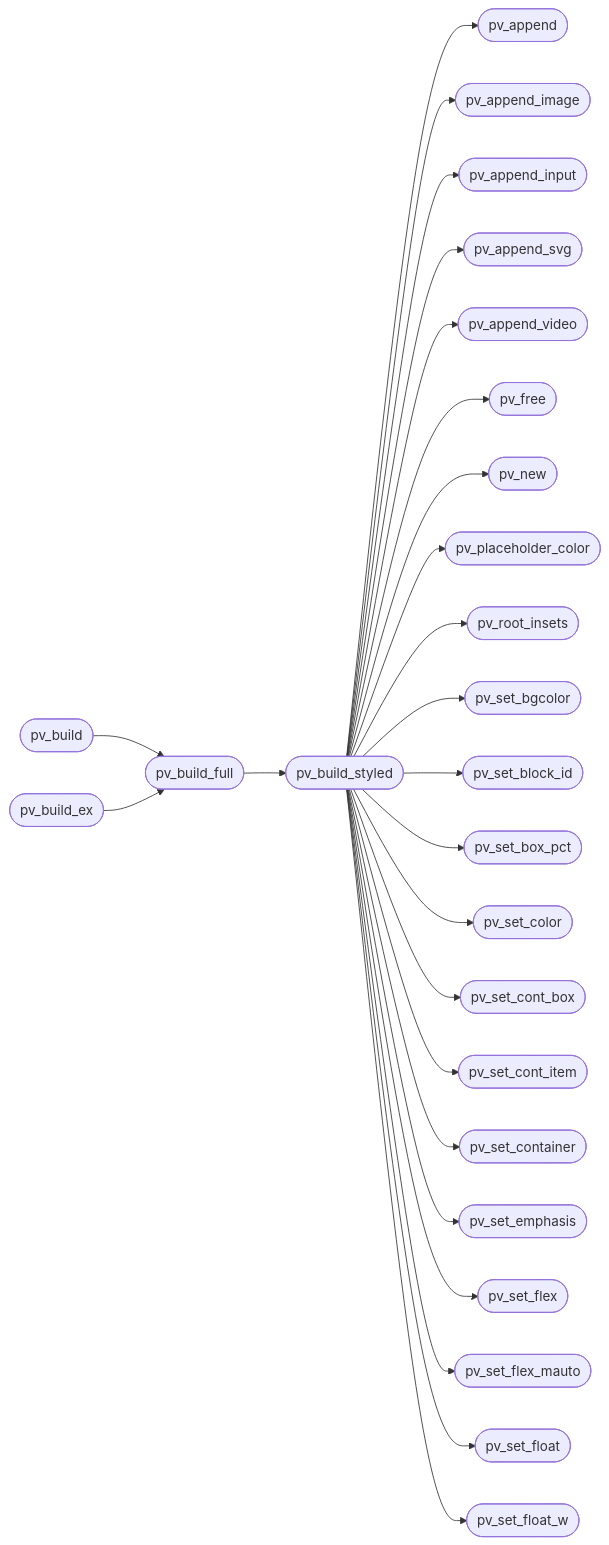
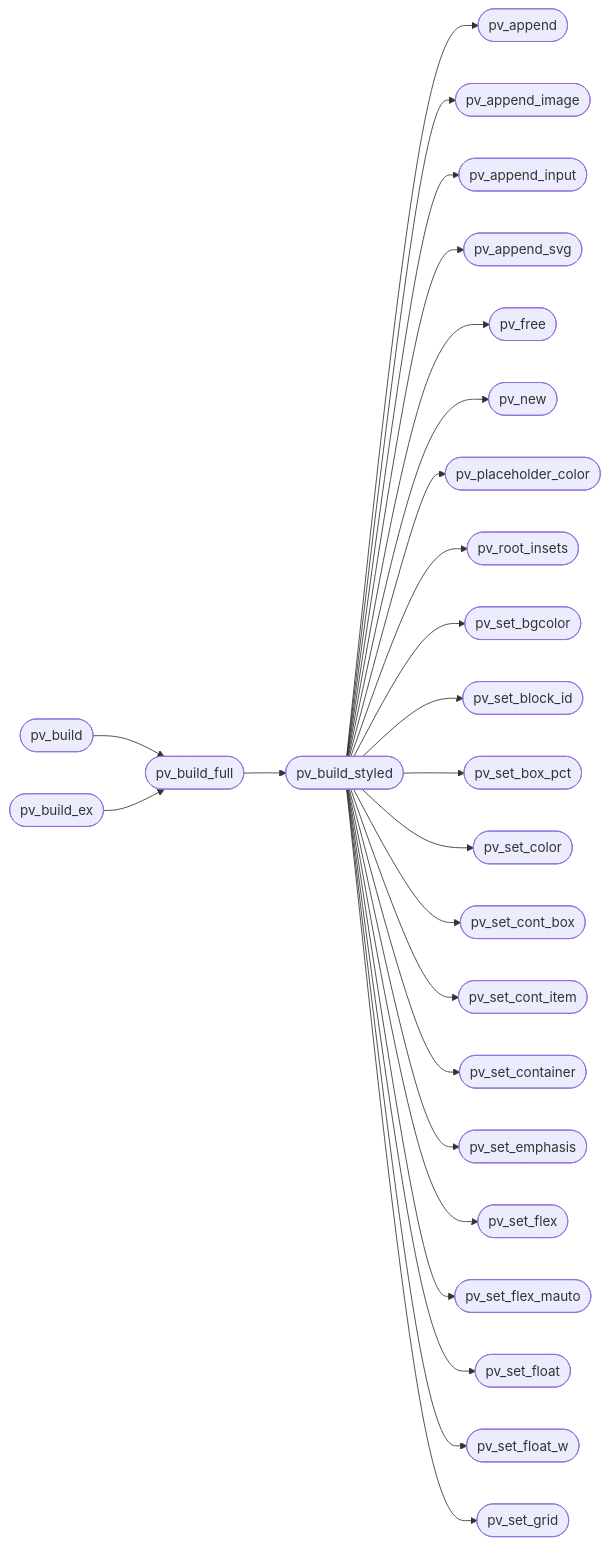
The second of 2 diagrams in readmenator-apidocs/modules/src.page_view.c.md (grisuno/FreeDom), drawn with Mermaid before and after one commit. The commit also changed other lines of this file and 164 other files, not shown here.

````diff
--- a/readmenator-apidocs/modules/src.page_view.c.md
+++ b/readmenator-apidocs/modules/src.page_view.c.md
@@ -66,52 +66,52 @@
 ```mermaid
 flowchart LR
     n_src_page_view_c__pv_build(["pv_build"])
     n_src_page_view_c__pv_build_full(["pv_build_full"])
     n_src_page_view_c__pv_build_ex(["pv_build_ex"])
     n_src_page_view_c__pv_build_styled(["pv_build_styled"])
     n_src_page_view_c__pv_append(["pv_append"])
     n_src_page_view_c__pv_append_image(["pv_append_image"])
     n_src_page_view_c__pv_append_input(["pv_append_input"])
     n_src_page_view_c__pv_append_svg(["pv_append_svg"])
-    n_src_page_view_c__pv_append_video(["pv_append_video"])
     n_src_page_view_c__pv_free(["pv_free"])
     n_src_page_view_c__pv_new(["pv_new"])
     n_src_page_view_c__pv_placeholder_color(["pv_placeholder_color"])
     n_src_page_view_c__pv_root_insets(["pv_root_insets"])
     n_src_page_view_c__pv_set_bgcolor(["pv_set_bgcolor"])
     n_src_page_view_c__pv_set_block_id(["pv_set_block_id"])
     n_src_page_view_c__pv_set_box_pct(["pv_set_box_pct"])
     n_src_page_view_c__pv_set_color(["pv_set_color"])
     n_src_page_view_c__pv_set_cont_box(["pv_set_cont_box"])
     n_src_page_view_c__pv_set_cont_item(["pv_set_cont_item"])
     n_src_page_view_c__pv_set_container(["pv_set_container"])
     n_src_page_view_c__pv_set_emphasis(["pv_set_emphasis"])
     n_src_page_view_c__pv_set_flex(["pv_set_flex"])
     n_src_page_view_c__pv_set_flex_mauto(["pv_set_flex_mauto"])
     n_src_page_view_c__pv_set_float(["pv_set_float"])
     n_src_page_view_c__pv_set_float_w(["pv_set_float_w"])
+    n_src_page_view_c__pv_set_grid(["pv_set_grid"])
     n_src_page_view_c__pv_build --> n_src_page_view_c__pv_build_full
     n_src_page_view_c__pv_build_ex --> n_src_page_view_c__pv_build_full
     n_src_page_view_c__pv_build_full --> n_src_page_view_c__pv_build_styled
     n_src_page_view_c__pv_build_styled --> n_src_page_view_c__pv_append
     n_src_page_view_c__pv_build_styled --> n_src_page_view_c__pv_append_image
     n_src_page_view_c__pv_build_styled --> n_src_page_view_c__pv_append_input
     n_src_page_view_c__pv_build_styled --> n_src_page_view_c__pv_append_svg
-    n_src_page_view_c__pv_build_styled --> n_src_page_view_c__pv_append_video
     n_src_page_view_c__pv_build_styled --> n_src_page_view_c__pv_free
     n_src_page_view_c__pv_build_styled --> n_src_page_view_c__pv_new
     n_src_page_view_c__pv_build_styled --> n_src_page_view_c__pv_placeholder_color
     n_src_page_view_c__pv_build_styled --> n_src_page_view_c__pv_root_insets
     n_src_page_view_c__pv_build_styled --> n_src_page_view_c__pv_set_bgcolor
     n_src_page_view_c__pv_build_styled --> n_src_page_view_c__pv_set_block_id
     n_src_page_view_c__pv_build_styled --> n_src_page_view_c__pv_set_box_pct
     n_src_page_view_c__pv_build_styled --> n_src_page_view_c__pv_set_color
     n_src_page_view_c__pv_build_styled --> n_src_page_view_c__pv_set_cont_box
     n_src_page_view_c__pv_build_styled --> n_src_page_view_c__pv_set_cont_item
     n_src_page_view_c__pv_build_styled --> n_src_page_view_c__pv_set_container
     n_src_page_view_c__pv_build_styled --> n_src_page_view_c__pv_set_emphasis
     n_src_page_view_c__pv_build_styled --> n_src_page_view_c__pv_set_flex
     n_src_page_view_c__pv_build_styled --> n_src_page_view_c__pv_set_flex_mauto
     n_src_page_view_c__pv_build_styled --> n_src_page_view_c__pv_set_float
     n_src_page_view_c__pv_build_styled --> n_src_page_view_c__pv_set_float_w
+    n_src_page_view_c__pv_build_styled --> n_src_page_view_c__pv_set_grid
 ```
````
